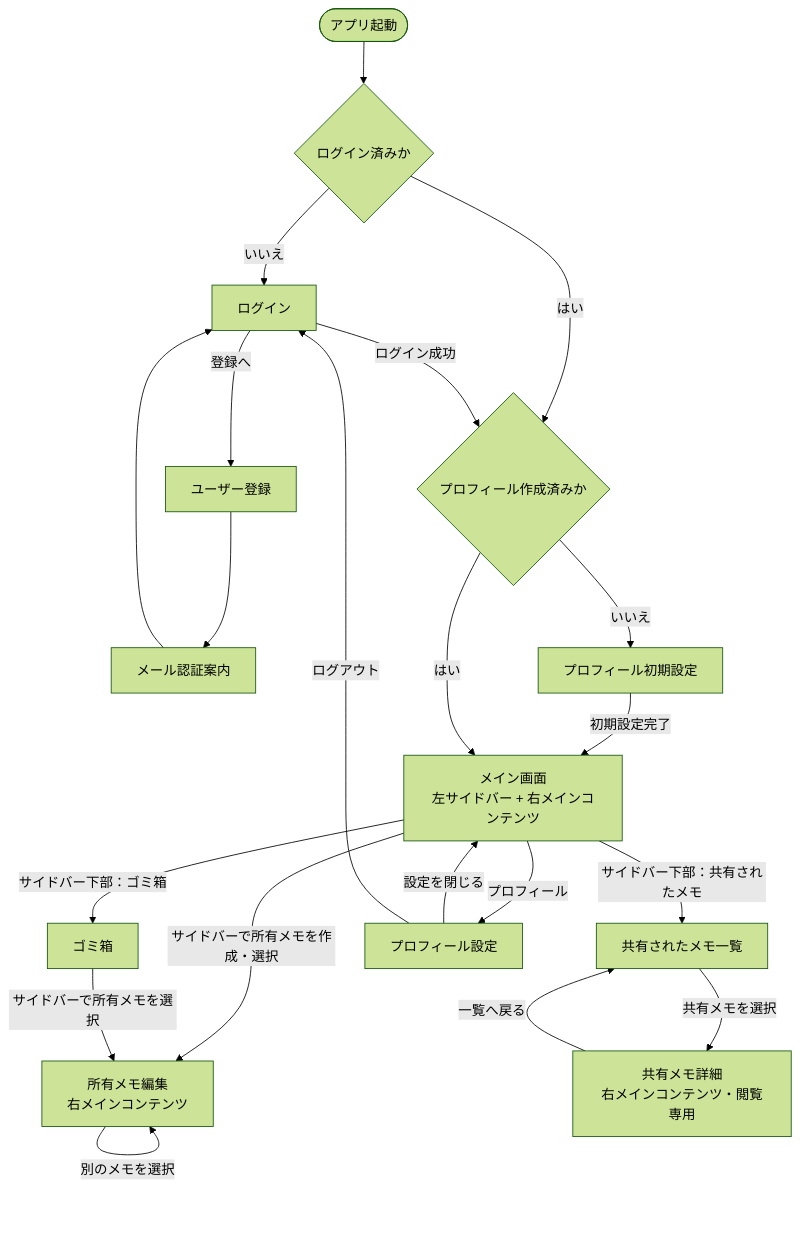
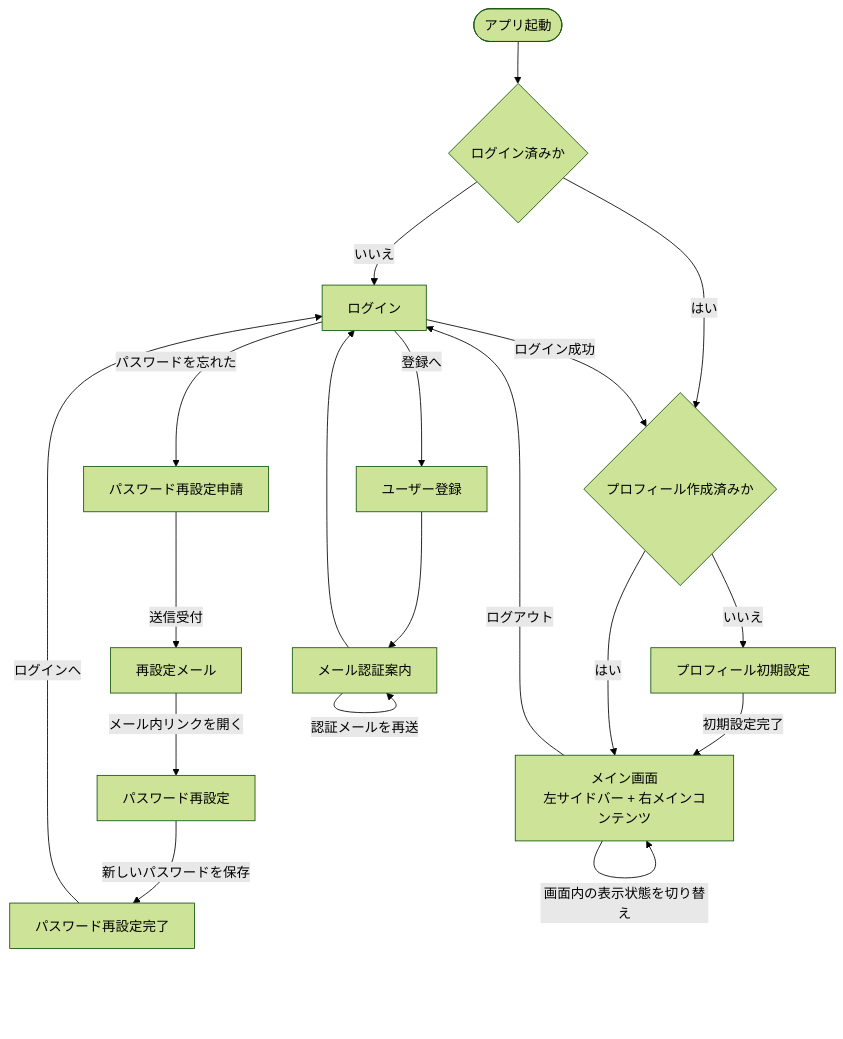
One commit to satohinata327/memo-app changed the diagram in docs/screen_flow.md. Above: the diagram before and after it, drawn with Mermaid (forest theme). The commit also changed other lines of this file, not shown here.

````diff
--- a/docs/screen_flow.md
+++ b/docs/screen_flow.md
@@ -48,45 +47,39 @@
 ```mermaid
 flowchart TD
     Start([アプリ起動])
     AuthCheck{ログイン済みか}
     ProfileCheck{プロフィール作成済みか}
 
     Login[ログイン]
     Signup[ユーザー登録]
     EmailVerification[メール認証案内]
+    PasswordRequest[パスワード再設定申請]
+    PasswordEmail[再設定メール]
+    PasswordReset[パスワード再設定]
+    PasswordComplete[パスワード再設定完了]
     ProfileSetup[プロフィール初期設定]
 
     Main[メイン画面<br/>左サイドバー + 右メインコンテンツ]
-    MemoEdit[所有メモ編集<br/>右メインコンテンツ]
-    SharedList[共有されたメモ一覧]
-    SharedDetail[共有メモ詳細<br/>右メインコンテンツ・閲覧専用]
-    Trash[ゴミ箱]
-    Profile[プロフィール設定]
 
     Start --> AuthCheck
     AuthCheck -- いいえ --> Login
     AuthCheck -- はい --> ProfileCheck
 
     Login -->|登録へ| Signup
     Signup --> EmailVerification
     EmailVerification --> Login
+    EmailVerification -->|認証メールを再送| EmailVerification
     Login -->|ログイン成功| ProfileCheck
+    Login -->|パスワードを忘れた| PasswordRequest
+    PasswordRequest -->|送信受付| PasswordEmail
+    PasswordEmail -->|メール内リンクを開く| PasswordReset
+    PasswordReset -->|新しいパスワードを保存| PasswordComplete
+    PasswordComplete -->|ログインへ| Login
 
     ProfileCheck -- いいえ --> ProfileSetup
     ProfileSetup -->|初期設定完了| Main
     ProfileCheck -- はい --> Main
 
-    Main -->|サイドバーで所有メモを作成・選択| MemoEdit
-    MemoEdit -->|別のメモを選択| MemoEdit
-
-    Main -->|サイドバー下部：共有されたメモ| SharedList
-    SharedList -->|共有メモを選択| SharedDetail
-    SharedDetail -->|一覧へ戻る| SharedList
-
-    Main -->|サイドバー下部：ゴミ箱| Trash
-    Trash -->|サイドバーで所有メモを選択| MemoEdit
-
-    Main -->|プロフィール| Profile
-    Profile -->|設定を閉じる| Main
-    Profile -->|ログアウト| Login
+    Main -->|画面内の表示状態を切り替え| Main
+    Main -->|ログアウト| Login
 ```
````
